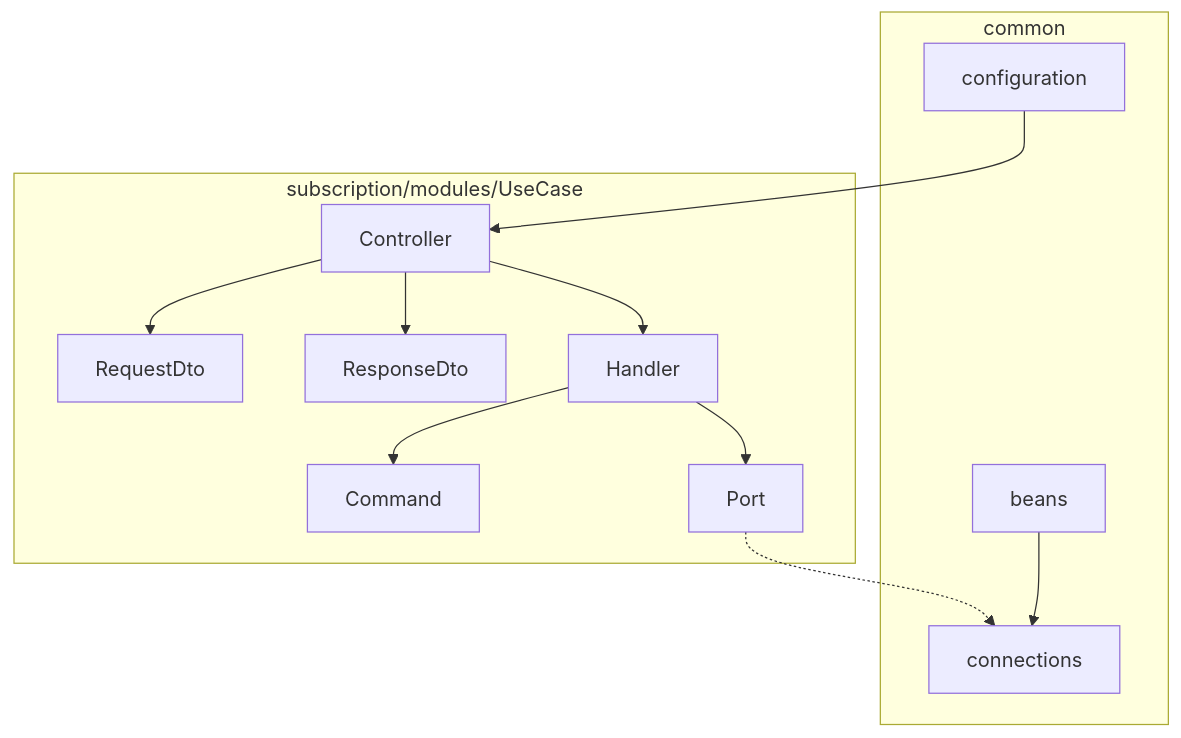
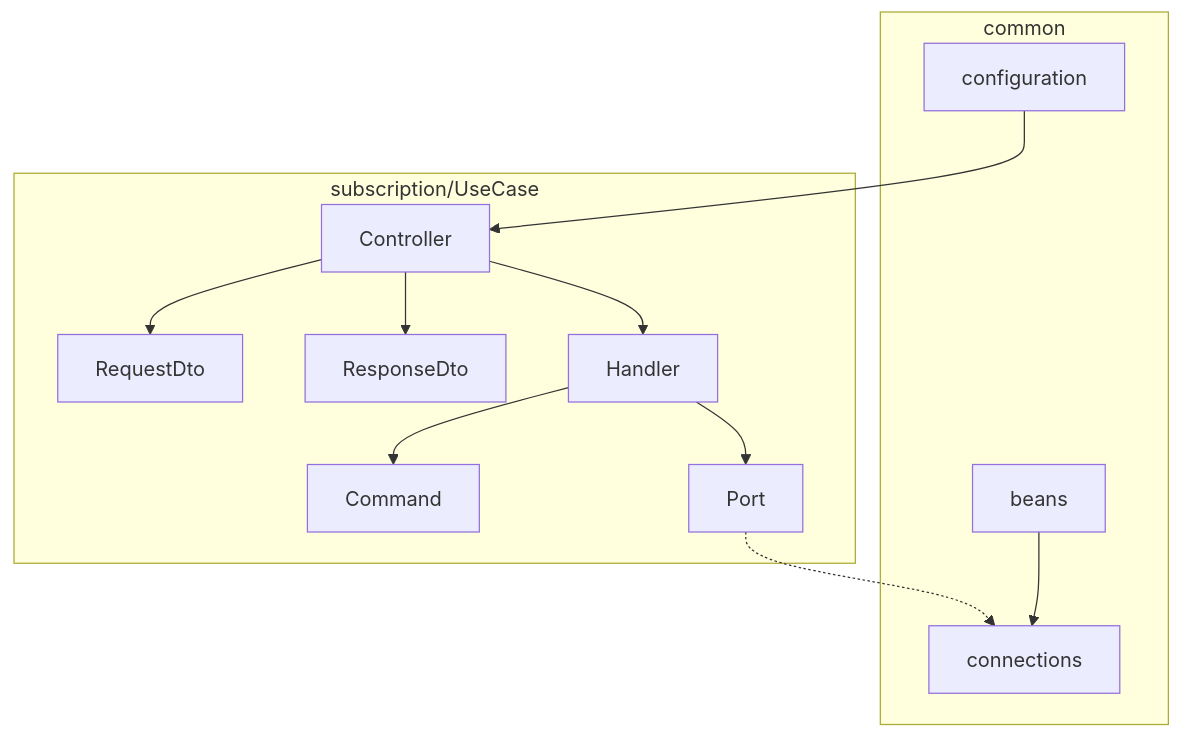
Before and after one commit to eisner271190/general: the second of 3 diagrams in docs/deliverables/obj-004/architect.md, drawn with Mermaid. The commit also changed other lines of this file and 5 other files, not shown here.

````diff
--- a/docs/deliverables/obj-004/architect.md
+++ b/docs/deliverables/obj-004/architect.md
@@ -88,24 +89,24 @@
 ```mermaid
 flowchart TB
   subgraph common
     CFG[configuration]
     BEANS[beans]
     PERS[connections]
   end
-  subgraph slice_subscription[subscription/modules/UseCase]
+  subgraph slice_subscription[subscription/UseCase]
     EP[Controller]
     RQ[RequestDto]
     RS[ResponseDto]
     HD[Handler]
     CMD[Command]
     PT[Port]
   end
   EP --> RQ
   EP --> RS
   EP --> HD
   HD --> CMD
   HD --> PT
   PT -.-> PERS
   CFG --> EP
   BEANS --> PERS
 ```
````
